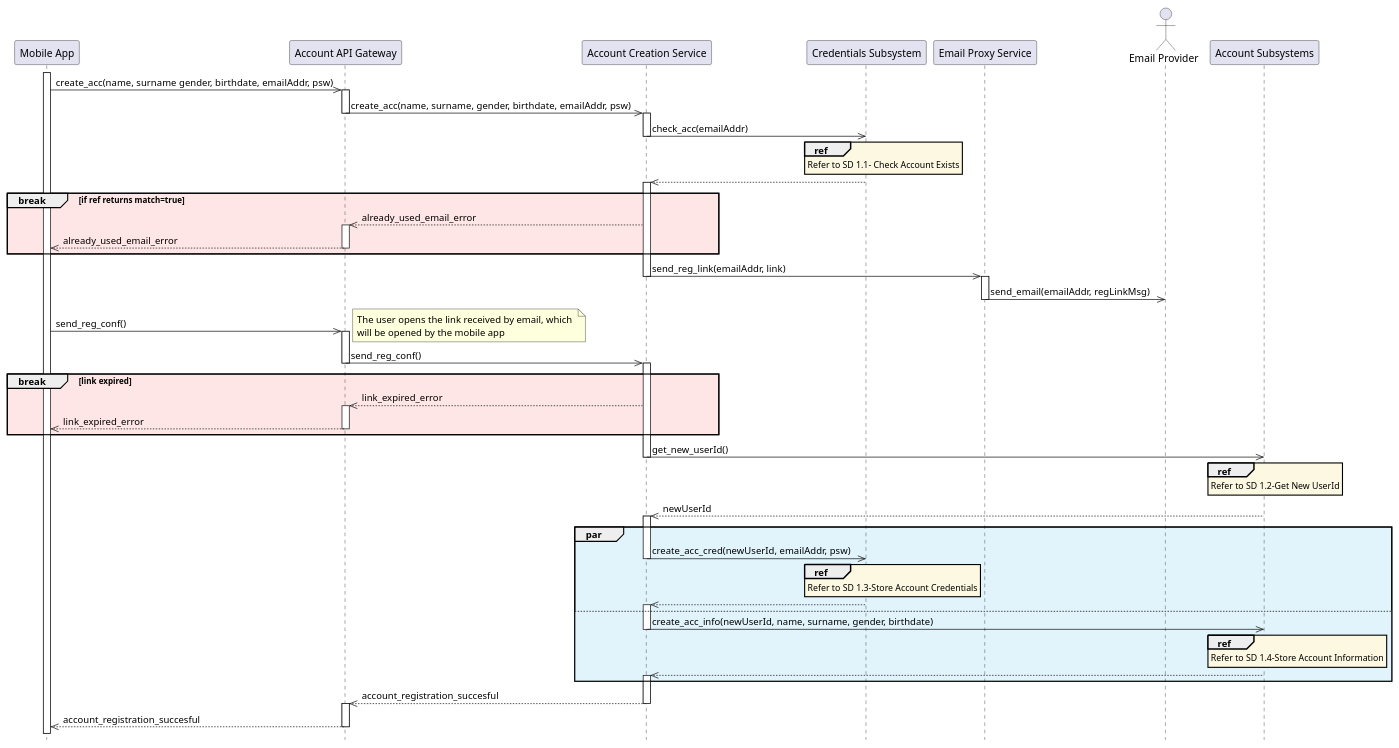
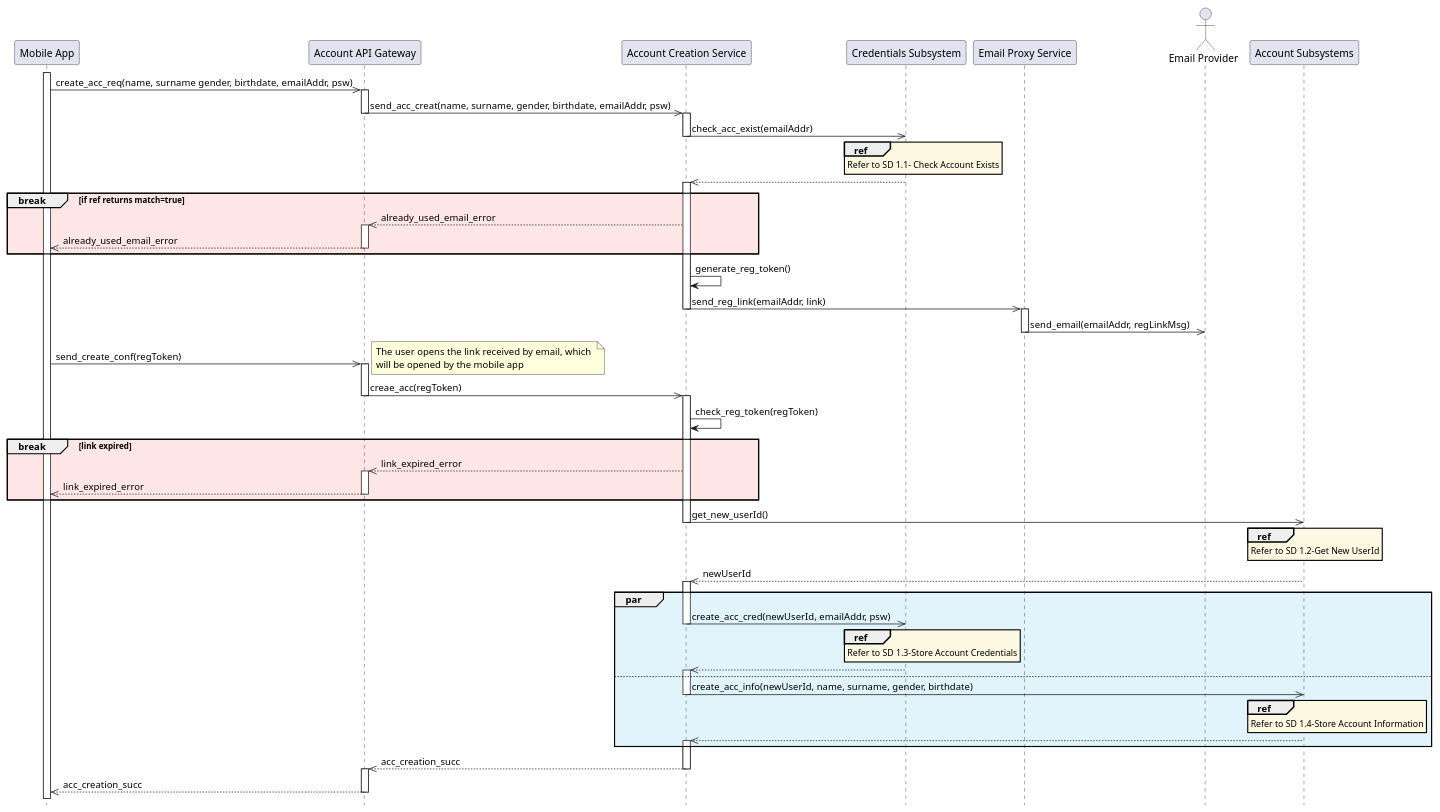
One commit to Guflie/PoliMi-SWE2-RDD-project changed the diagram in diagrams/DD/sequenceDiagram/sd1_account_creation.puml. Above: the diagram before and after it, drawn with PlantUML. The commit also changed 17 other files, not shown here.

```diff
--- a/diagrams/DD/sequenceDiagram/sd1_account_creation.puml
+++ b/diagrams/DD/sequenceDiagram/sd1_account_creation.puml
@@ -1,85 +1,86 @@
 @startuml sd1_account_creation
 ' Refers to UC1
 hide footbox
 
 skinparam sequence {
     ReferenceBackgroundColor #fcf8e1
 }
 
 participant "Mobile App" as app
 participant "Account API Gateway" as aapi
 participant "Account Creation Service" as acs
 participant "Credentials Subsystem" as css
 participant "Email Proxy Service" as emailp
 actor "Email Provider" as email
 participant "Account Subsystems" as ass
 
 activate app
 
-app ->> aapi : create_acc(name, surname gender, birthdate, emailAddr, psw)
+app ->> aapi : create_acc_req(name, surname gender, birthdate, emailAddr, psw)
 activate aapi
-aapi ->> acs : create_acc(name, surname, gender, birthdate, emailAddr, psw)
+aapi ->> acs : send_acc_creat(name, surname, gender, birthdate, emailAddr, psw)
 deactivate aapi
 activate acs
 ' ---------------------------------------------------------------------------
-acs ->> css : check_acc(emailAddr)
+acs ->> css : check_acc_exist(emailAddr)
 deactivate acs
 ref over css : Refer to SD 1.1- Check Account Exists
 css -->> acs 
 activate acs
 break #ffe6e6 if ref returns match=true
     acs -->> aapi : already_used_email_error
     activate aapi
     aapi -->> app : already_used_email_error
     deactivate aapi
 end
 
 ' ---------------------------------------------------------------------------
-
+acs -> acs : generate_reg_token()
 acs ->> emailp : send_reg_link(emailAddr, link)
 deactivate acs
 activate emailp
 emailp ->> email : send_email(emailAddr, regLinkMsg)
 deactivate emailp
 
-app ->> aapi : send_reg_conf()
+app ->> aapi : send_create_conf(regToken)
 activate aapi
 note right 
     The user opens the link received by email, which 
     will be opened by the mobile app
 end note
-aapi ->> acs : send_reg_conf()
+aapi ->> acs : creae_acc(regToken)
 deactivate aapi
 activate acs
+acs -> acs : check_reg_token(regToken)
 break #ffe6e6 link expired
     acs -->> aapi : link_expired_error
     activate aapi
     aapi -->> app : link_expired_error
     deactivate aapi
 end
 
 acs ->> ass : get_new_userId()
 deactivate acs
 ref over ass : Refer to SD 1.2-Get New UserId
 ass -->> acs : newUserId
 activate acs
 par #e1f4fc
     acs ->> css : create_acc_cred(newUserId, emailAddr, psw)
     deactivate acs
     ref over css : Refer to SD 1.3-Store Account Credentials
     css -->> acs
     activate acs
 else
     acs ->> ass : create_acc_info(newUserId, name, surname, gender, birthdate)
     deactivate acs
     ref over ass : Refer to SD 1.4-Store Account Information
     ass -->> acs
     activate acs
 end
-acs -->> aapi : account_registration_succesful
+acs -->> aapi : acc_creation_succ
 deactivate acs
 activate aapi
-aapi -->> app : account_registration_succesful
+aapi -->> app : acc_creation_succ
 deactivate aapi
 
 @enduml
```
